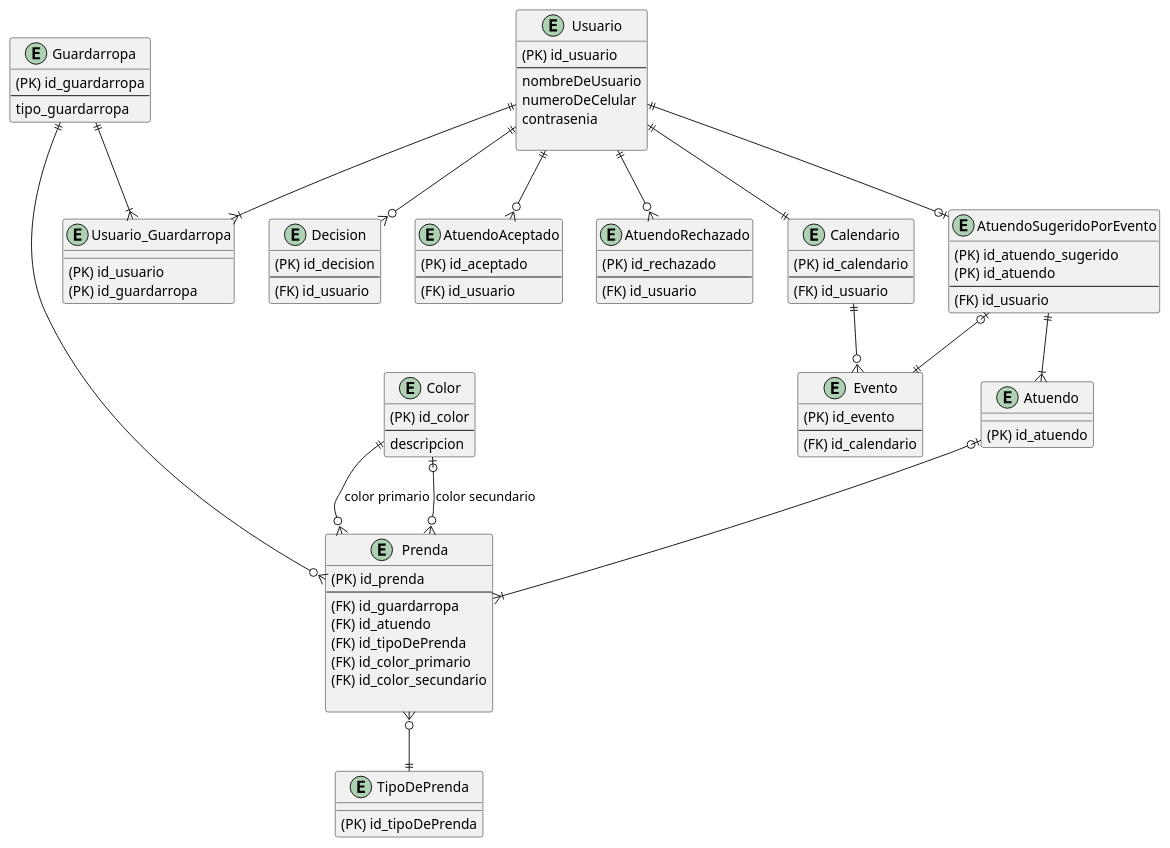
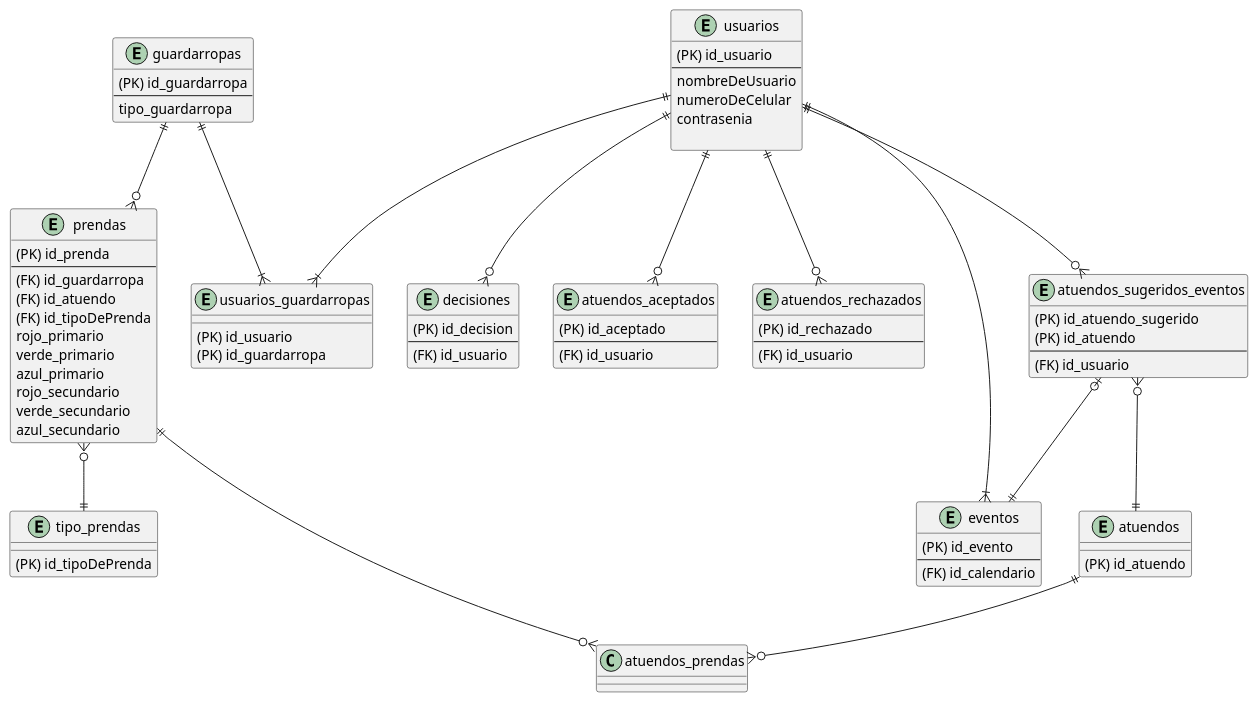
The diagram in DER.md (mposru/tpDDS-2019-QueMePongo), drawn with PlantUML before and after one commit. The commit also changed 23 other files, not shown here.

```diff
--- a/DER.md
+++ b/DER.md
@@ -1,29 +1,28 @@
 @startuml
 
-entity Guardarropa  {
+entity guardarropas  {
   (PK) id_guardarropa
   --
   tipo_guardarropa
 }
 
-entity Prenda  {
+entity prendas {
 (PK) id_prenda
 --
 (FK) id_guardarropa
 (FK) id_atuendo
 (FK) id_tipoDePrenda
-(FK) id_color_primario
-(FK) id_color_secundario
-
+  rojo_primario
+  verde_primario
+  azul_primario
+  rojo_secundario
+  verde_secundario
+  azul_secundario
 }
 
-entity Color {
-  (PK) id_color
-  --
-  descripcion
-}
 
-entity Usuario {
+
+entity usuarios {
 (PK) id_usuario
 --
   nombreDeUsuario
@@ -31,49 +30,44 @@
   contrasenia
 
 }
-entity Usuario_Guardarropa {
+entity usuarios_guardarropas {
 (PK) id_usuario
 (PK) id_guardarropa
 
 }
 
-entity Decision {
+entity decisiones {
 (PK) id_decision
 --
 (FK) id_usuario
 }
-entity AtuendoAceptado {
+entity atuendos_aceptados {
 (PK) id_aceptado
 --
 (FK) id_usuario
 }
-entity AtuendoRechazado {
+entity atuendos_rechazados {
 (PK) id_rechazado
 --
 (FK) id_usuario
 }
 
-entity Calendario {
-(PK) id_calendario
---
-(FK) id_usuario
-}
 
-entity Atuendo {
+entity atuendos {
 (PK) id_atuendo
 
 }
-entity Evento {
+entity eventos {
   (PK) id_evento
   --
   (FK) id_calendario
 }
 
-entity TipoDePrenda {
+entity tipo_prendas {
 (PK) id_tipoDePrenda
 }
 
-entity AtuendoSugeridoPorEvento {
+entity atuendos_sugeridos_eventos {
 (PK) id_atuendo_sugerido
 (PK) id_atuendo
 --
@@ -81,21 +75,20 @@
 }
 
 
-Guardarropa ||--o{ Prenda
-Guardarropa ||--|{ Usuario_Guardarropa
-Usuario ||--|{ Usuario_Guardarropa
-Usuario ||--o{ Decision
-Usuario ||--o{ AtuendoAceptado
-Usuario ||--o{ AtuendoRechazado
-Usuario ||--|| Calendario
-Atuendo |o--|{ Prenda
+guardarropas ||--o{ prendas
+guardarropas ||--|{ usuarios_guardarropas
+usuarios ||--|{ usuarios_guardarropas
+usuarios ||--o{ decisiones
+usuarios ||--o{ atuendos_aceptados
+usuarios ||--o{ atuendos_rechazados
+atuendos ||--o{ atuendos_prendas
+prendas ||--o{ atuendos_prendas
+usuarios ||--|{ eventos
 
-Calendario ||--o{ Evento
-Prenda }o--|| TipoDePrenda
-AtuendoSugeridoPorEvento ||--|{ Atuendo
-Usuario ||--o| AtuendoSugeridoPorEvento
-AtuendoSugeridoPorEvento |o--|| Evento
-Color ||--o{ Prenda: "color primario"
-Color |o--o{ Prenda: "color secundario"
+prendas }o--|| tipo_prendas
+atuendos_sugeridos_eventos }o--|| atuendos
+usuarios ||--o{ atuendos_sugeridos_eventos
+atuendos_sugeridos_eventos |o--|| eventos
+
 
 @enduml
```
